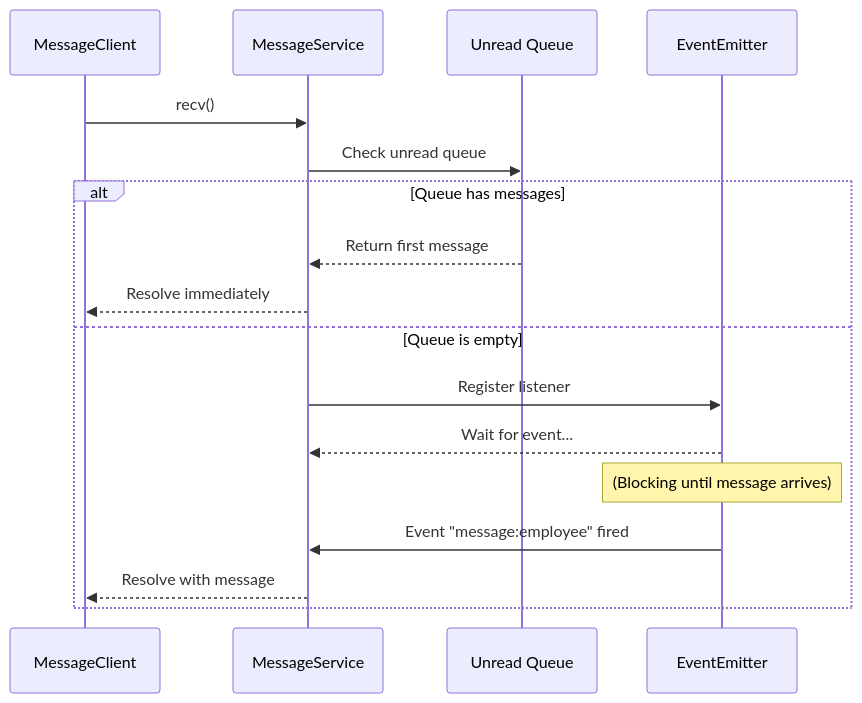
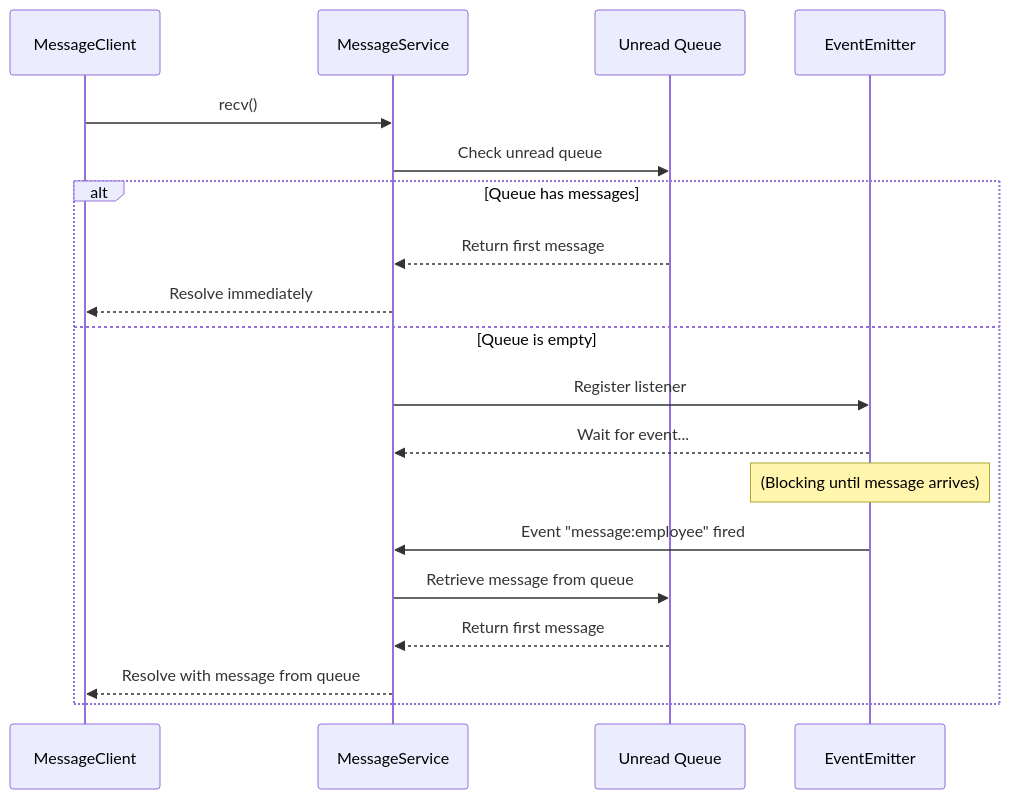
One commit to fkxxyz/opencode-cclover changed the third of 4 diagrams in docs/design-message-service.md. Above: the diagram before and after it, drawn with Mermaid. The commit also changed other lines of this file and 2 other files, not shown here.

First line of the commit message:
fix: prevent duplicate message delivery in MessageService

````diff
--- a/docs/design-message-service.md
+++ b/docs/design-message-service.md
@@ -356,21 +368,23 @@
 ```mermaid
 sequenceDiagram
     participant Client as MessageClient
     participant Service as MessageService
     participant Queue as Unread Queue
     participant Events as EventEmitter
     
     Client->>Service: recv()
     Service->>Queue: Check unread queue
     
     alt Queue has messages
         Queue-->>Service: Return first message
         Service-->>Client: Resolve immediately
     else Queue is empty
         Service->>Events: Register listener
         Events-->>Service: Wait for event...
         Note over Events: (Blocking until message arrives)
         Events->>Service: Event "message:employee" fired
-        Service-->>Client: Resolve with message
+        Service->>Queue: Retrieve message from queue
+        Queue-->>Service: Return first message
+        Service-->>Client: Resolve with message from queue
     end
 ```
````
